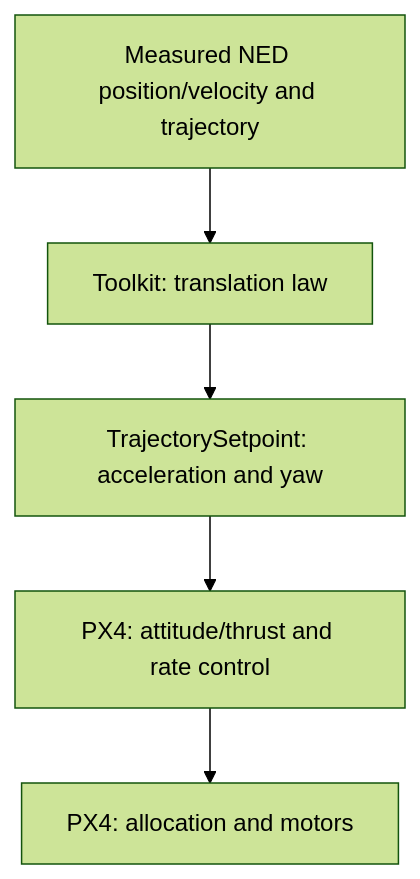
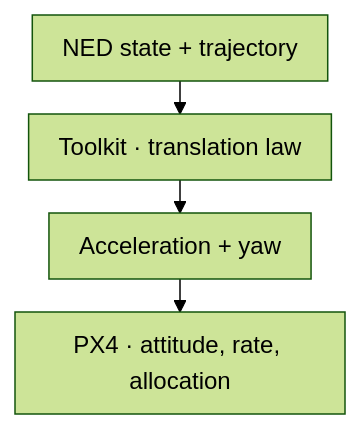
The diagram in docs/controllers/se3/acceleration.md (ANCL/px4-dev-toolkit), drawn with Mermaid (forest theme) before and after one commit. The commit also changed 41 other files, not shown here.

Commit message:
docs: refine typography, diagrams, and editorial presentation

````diff
--- a/docs/controllers/se3/acceleration.md
+++ b/docs/controllers/se3/acceleration.md
@@ -5,7 +5,15 @@
 ```mermaid
+---
+config:
+  flowchart:
+    useMaxWidth: false
+    wrappingWidth: 180
+    padding: 10
+    rankSpacing: 22
+    nodeSpacing: 24
+---
 flowchart TB
-    I[Measured NED position/velocity and trajectory] --> T[Toolkit: translation law]
-    T --> S[TrajectorySetpoint: acceleration and yaw]
-    S --> P[PX4: attitude/thrust and rate control]
-    P --> A[PX4: allocation and motors]
+    I["NED state + trajectory"] --> T["Toolkit · translation law"]
+    T --> S["Acceleration + yaw"]
+    S --> P["PX4 · attitude, rate, allocation"]
 ```
````
